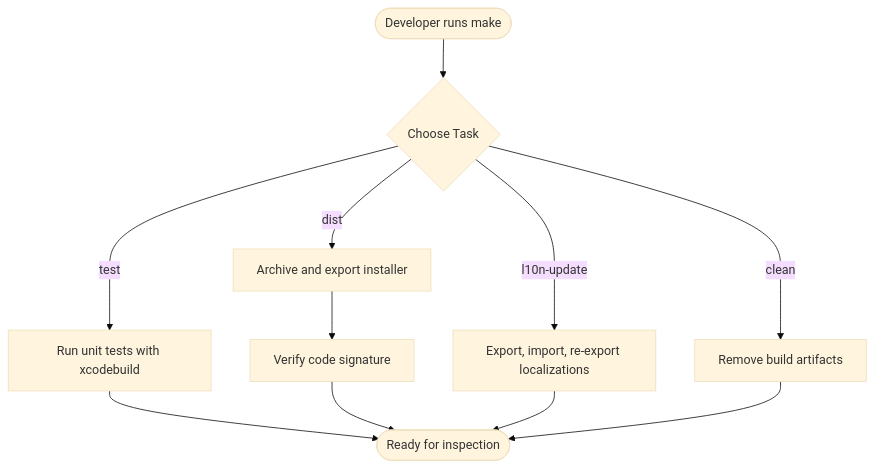
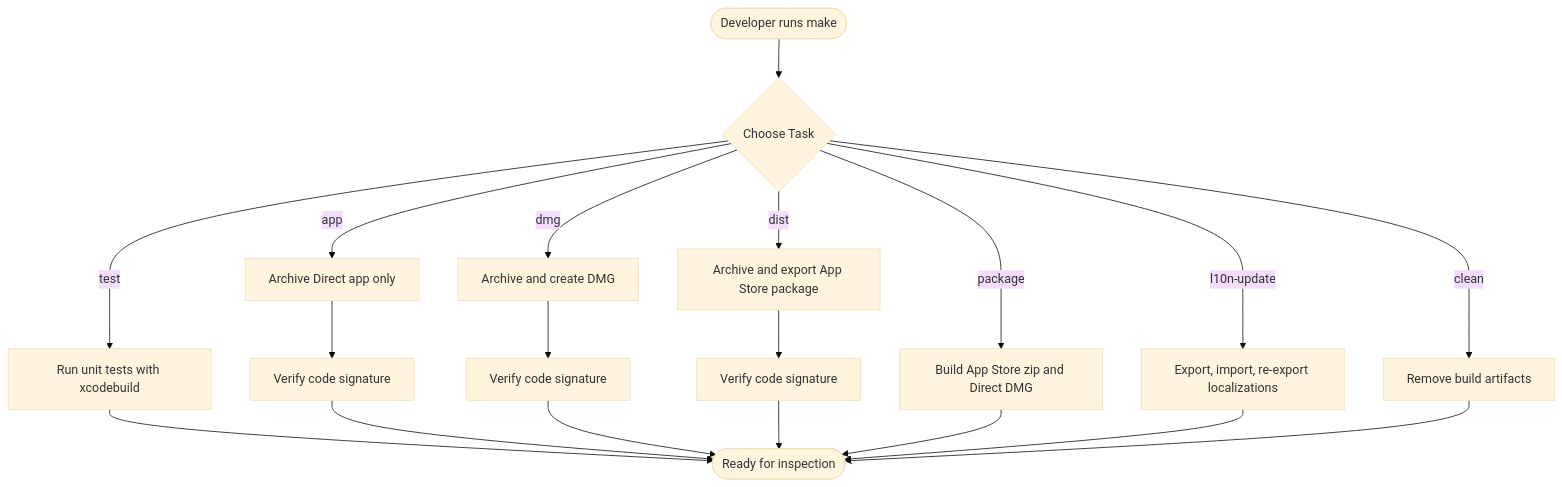
One commit to yunluoxin/KeepingYouAwake changed the first of 4 diagrams in .qoder/repowiki/en/content/Getting Started.md. Above: the diagram before and after it, drawn with Mermaid (base theme). The commit also changed other lines of this file and 4 other files, not shown here.

First line of the commit message:
Add make app target for Direct distribution app-only builds.

````diff
--- a/.qoder/repowiki/en/content/Getting Started.md
+++ b/.qoder/repowiki/en/content/Getting Started.md
@@ -67,13 +73,21 @@
 ```mermaid
 flowchart TD
 Start(["Developer runs make"]) --> ChooseTask{"Choose Task"}
 ChooseTask --> |clean| Clean["Remove build artifacts"]
 ChooseTask --> |test| Test["Run unit tests with xcodebuild"]
-ChooseTask --> |dist| Dist["Archive and export installer"]
+ChooseTask --> |app| App["Archive Direct app only"]
+ChooseTask --> |dmg| Dmg["Archive and create DMG"]
+ChooseTask --> |dist| Dist["Archive and export App Store package"]
+ChooseTask --> |package| Package["Build App Store zip and Direct DMG"]
 ChooseTask --> |l10n-update| L10n["Export, import, re-export localizations"]
 Test --> End(["Ready for inspection"])
+App --> VerifyApp["Verify code signature"]
+VerifyApp --> End
+Dmg --> VerifyDmg["Verify code signature"]
+VerifyDmg --> End
 Dist --> Verify["Verify code signature"]
 Verify --> End
+Package --> End
 L10n --> End
 Clean --> End
 ```
````
